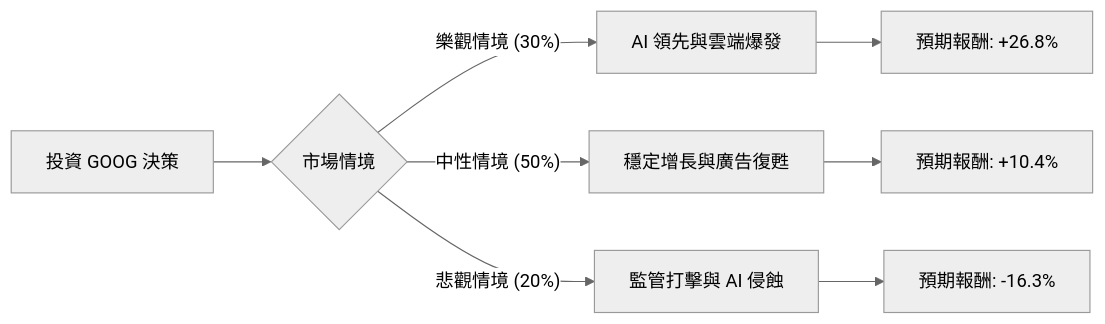
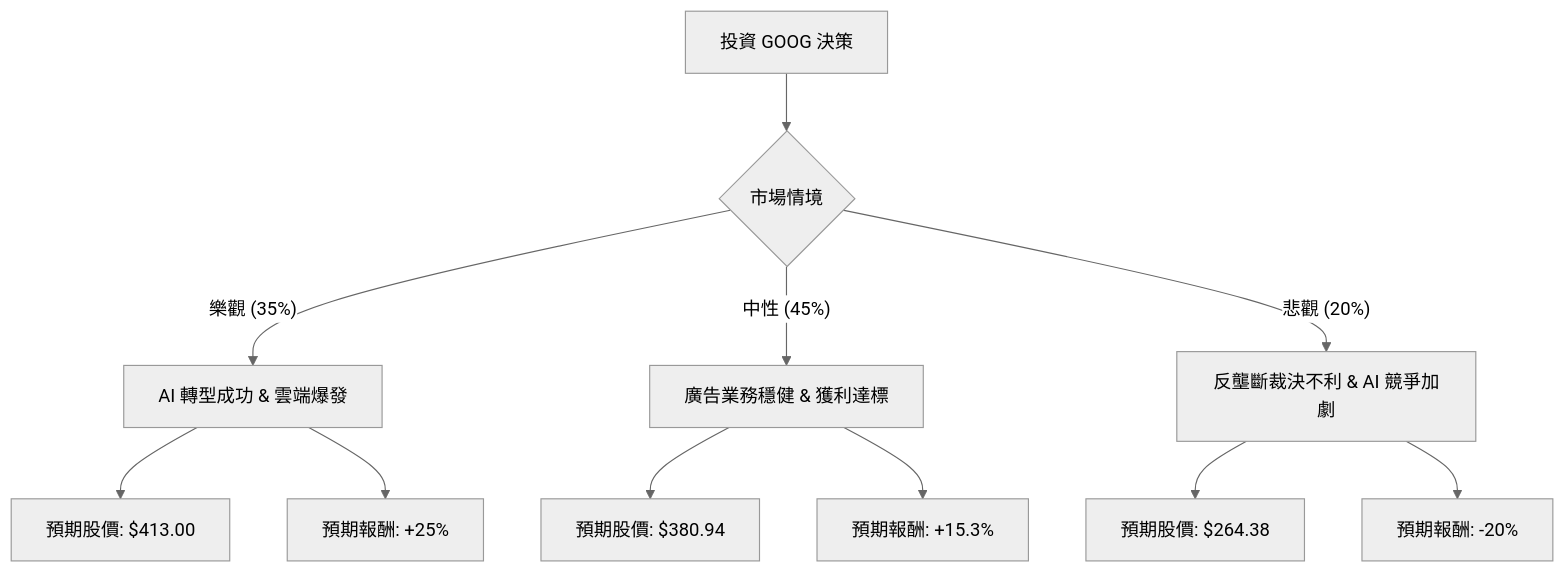
Before and after one commit to zmcx16/zmcx16.github.io: the diagram in plugin-react/ai-analysis/ev-analysis/GOOG.md, drawn with Mermaid (neutral theme). The commit also changed other lines of this file and 68 other files, not shown here.

````diff
--- a/plugin-react/ai-analysis/ev-analysis/GOOG.md
+++ b/plugin-react/ai-analysis/ev-analysis/GOOG.md
@@ -17,12 +17,17 @@
 ```mermaid
-graph LR
+graph TD
     A[投資 GOOG 決策] --> B{市場情境}
     
-    B -- 樂觀情境 (30%) --> C[AI 領先與雲端爆發]
-    B -- 中性情境 (50%) --> D[穩定增長與廣告復甦]
-    B -- 悲觀情境 (20%) --> E[監管打擊與 AI 侵蝕]
+    B -- 樂觀 (35%) --> C[AI 轉型成功 & 雲端爆發]
+    B -- 中性 (45%) --> D[廣告業務穩健 & 獲利達標]
+    B -- 悲觀 (20%) --> E[反壟斷裁決不利 & AI 競爭加劇]
 
-    C --> C1[預期報酬: +26.8%]
-    D --> D1[預期報酬: +10.4%]
-    E --> E1[預期報酬: -16.3%]
+    C --> C1[預期股價: $413.00]
+    C --> C2[預期報酬: +25%]
+    
+    D --> D1[預期股價: $380.94]
+    D --> D2[預期報酬: +15.3%]
+    
+    E --> E1[預期股價: $264.38]
+    E --> E2[預期報酬: -20%]
 ```
````
